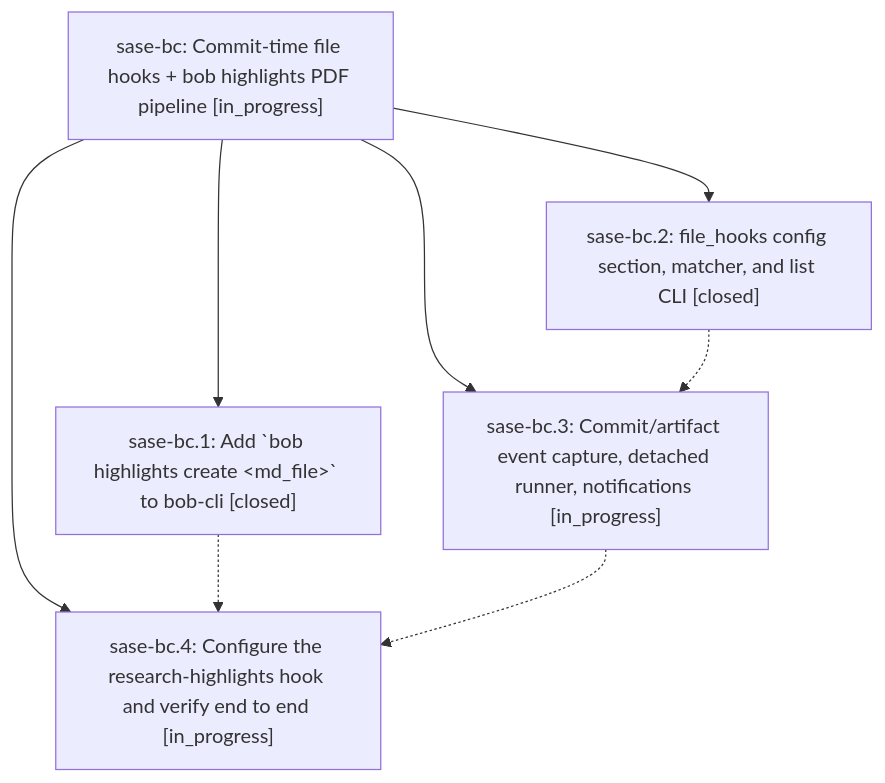
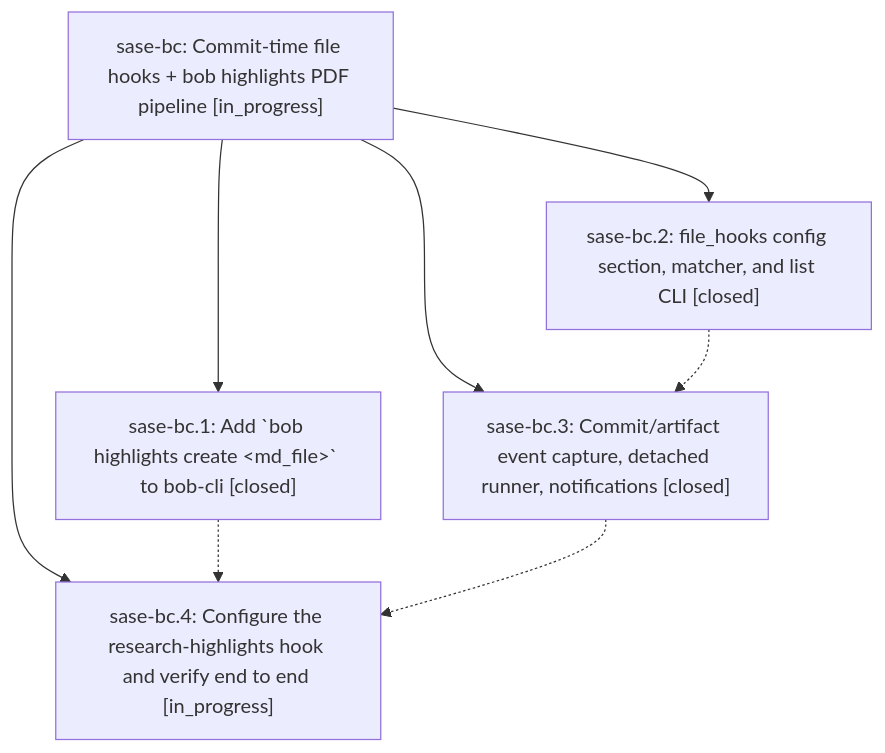
One commit to sase-org/sase--beads changed the diagram in pages/sase-bc/README.md. Above: the diagram before and after it, drawn with Mermaid. The commit also changed other lines of this file and 3 other files, not shown here.

````diff
--- a/pages/sase-bc/README.md
+++ b/pages/sase-bc/README.md
@@ -25,15 +25,15 @@
 ```mermaid
 flowchart TD
     n0["sase-bc: Commit-time file hooks + bob highlights PDF pipeline [in_progress]"]
     n1["sase-bc.1: Add `bob highlights create &lt;md_file&gt;` to bob-cli [closed]"]
     n2["sase-bc.2: file_hooks config section, matcher, and list CLI [closed]"]
-    n3["sase-bc.3: Commit/artifact event capture, detached runner, notifications [in_progress]"]
+    n3["sase-bc.3: Commit/artifact event capture, detached runner, notifications [closed]"]
     n4["sase-bc.4: Configure the research-highlights hook and verify end to end [in_progress]"]
     n0 --> n1
     n0 --> n2
     n0 --> n3
     n0 --> n4
     n1 -.-> n4
     n2 -.-> n3
     n3 -.-> n4
 ```
````
